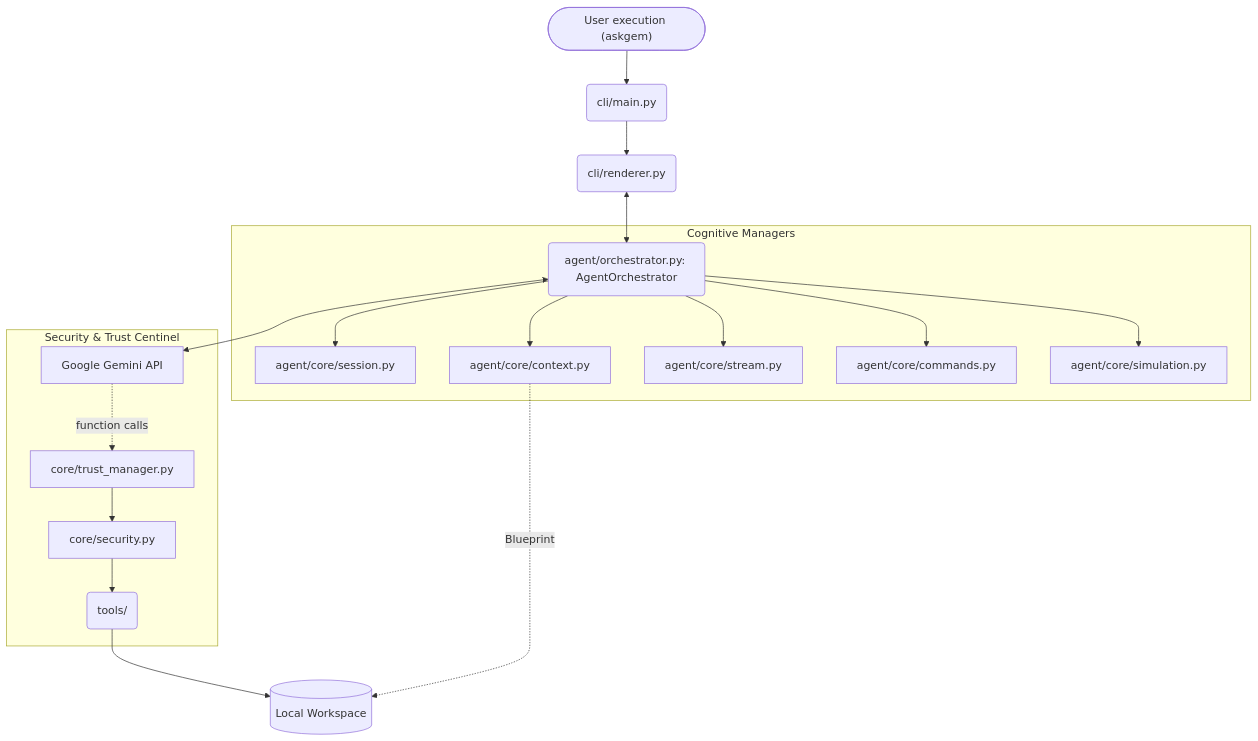
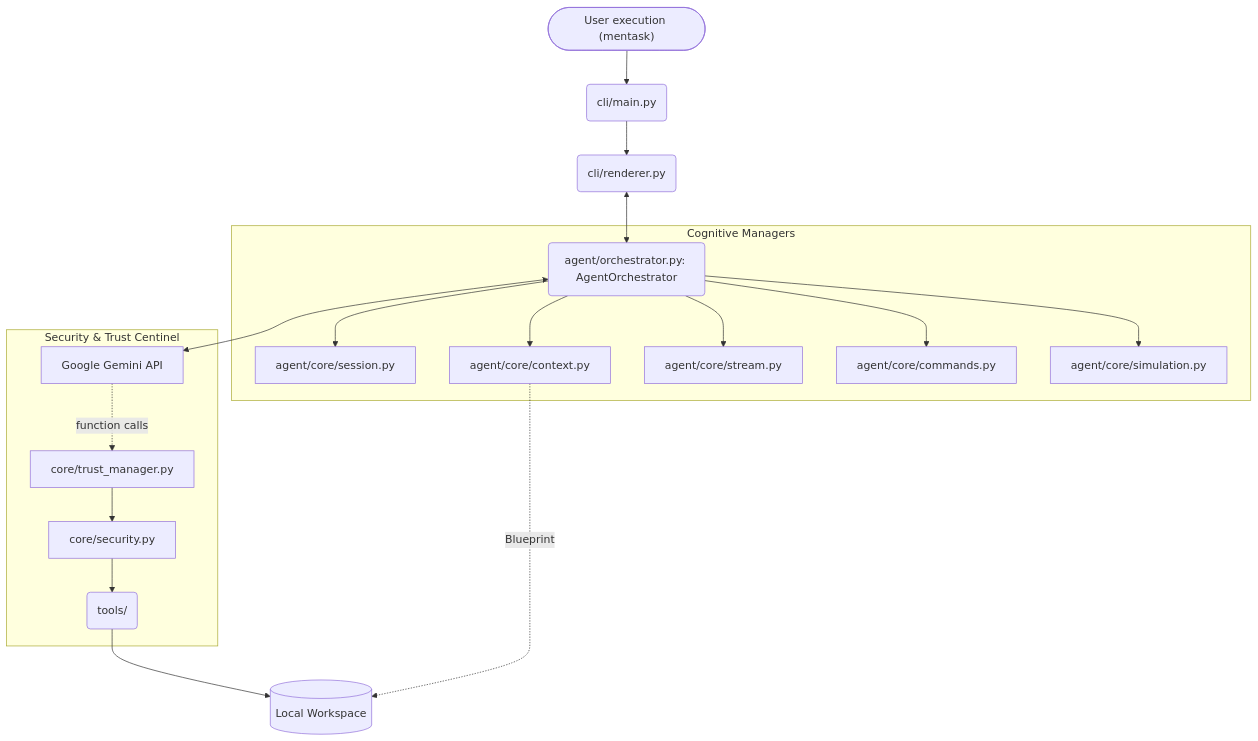
Before and after one commit to julesklord/askgem.py: the diagram in README.md, drawn with Mermaid. The commit also changed other lines of this file and 203 other files, not shown here.

````diff
--- a/README.md
+++ b/README.md
@@ -278,25 +280,25 @@
 ```mermaid
 flowchart TD
-    CLI(["User execution (askgem)"]) --> Main(cli/main.py)
+    CLI(["User execution (mentask)"]) --> Main(cli/main.py)
     Main --> Renderer(cli/renderer.py)
     Renderer <--> Orchestrator(agent/orchestrator.py: AgentOrchestrator)
     
     subgraph Cognitive_Layer [Cognitive Managers]
         Orchestrator --> Session[agent/core/session.py]
         Orchestrator --> Context[agent/core/context.py]
         Orchestrator --> Stream[agent/core/stream.py]
         Orchestrator --> Commands[agent/core/commands.py]
         Orchestrator --> Simulation[agent/core/simulation.py]
     end
 
     Orchestrator <--> GenAI[Google Gemini API]
     
     subgraph Security_Layer [Security & Trust Centinel]
         GenAI -. function calls .-> Trust[core/trust_manager.py]
         Trust --> SecurityCheck[core/security.py]
         SecurityCheck --> Tools(tools/)
     end
 
     Tools --> localDisk[(Local Workspace)]
     Context -. Blueprint .-> localDisk
 ```
````
